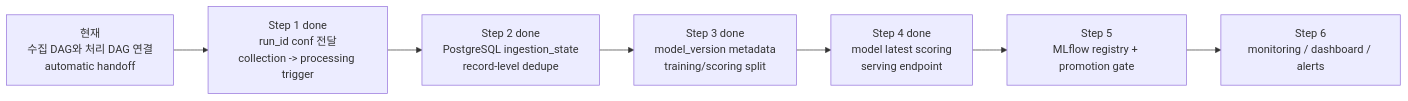
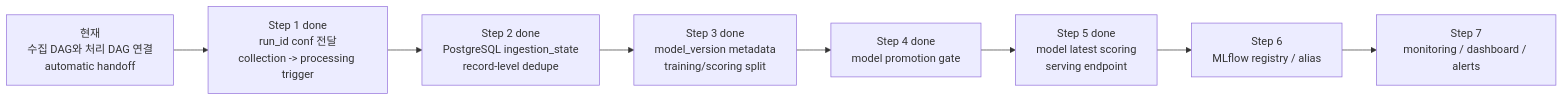
The fifth of 5 diagrams in docs/ARCHITECTURE_VISUALIZATION.md (belucent0/vehicle-recall-risk-mlops), drawn with Mermaid before and after one commit. The commit also changed other lines of this file and 12 other files, not shown here.

Commit message:
Add model promotion gate

````diff
--- a/docs/ARCHITECTURE_VISUALIZATION.md
+++ b/docs/ARCHITECTURE_VISUALIZATION.md
@@ -302,12 +306,13 @@
 ```mermaid
 flowchart LR
     s0["현재<br/>수집 DAG와 처리 DAG 연결<br/>automatic handoff"]
     s1["Step 1 done<br/>run_id conf 전달<br/>collection -> processing trigger"]
     s2["Step 2 done<br/>PostgreSQL ingestion_state<br/>record-level dedupe"]
     s3["Step 3 done<br/>model_version metadata<br/>training/scoring split"]
-    s4["Step 4 done<br/>model latest scoring<br/>serving endpoint"]
-    s5["Step 5<br/>MLflow registry + promotion gate"]
-    s6["Step 6<br/>monitoring / dashboard / alerts"]
+    s4["Step 4 done<br/>model promotion gate"]
+    s5["Step 5 done<br/>model latest scoring<br/>serving endpoint"]
+    s6["Step 6<br/>MLflow registry / alias"]
+    s7["Step 7<br/>monitoring / dashboard / alerts"]
 
-    s0 --> s1 --> s2 --> s3 --> s4 --> s5 --> s6
+    s0 --> s1 --> s2 --> s3 --> s4 --> s5 --> s6 --> s7
 ```
````
